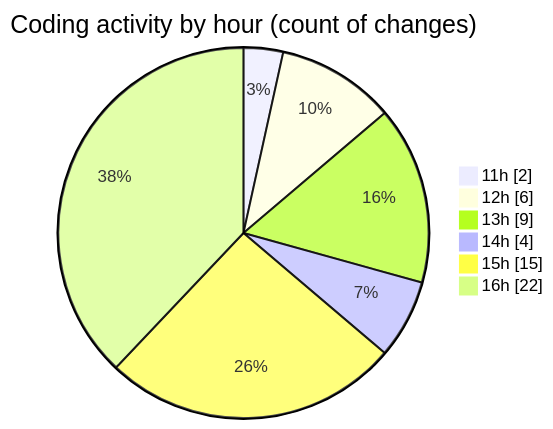
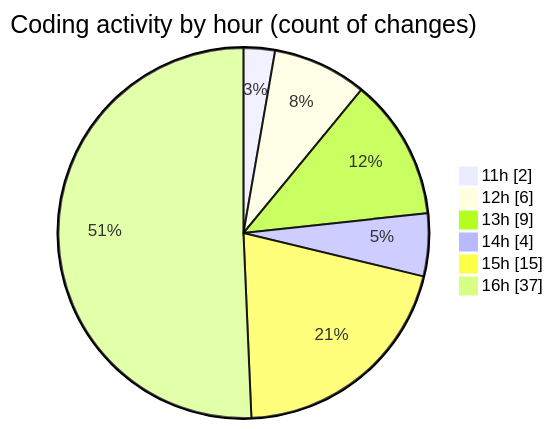
The second of 2 diagrams in 2025-06-30/argos/README.md (nxtqubesakshisongat/code-tracking), drawn with Mermaid before and after one commit. The commit also changed other lines of this file and 1 other file, not shown here.

````diff
--- a/2025-06-30/argos/README.md
+++ b/2025-06-30/argos/README.md
@@ -34,10 +34,10 @@
 ```mermaid
 pie showData
 title Coding activity by hour (count of changes)
 "11h" : 2
 "12h" : 6
 "13h" : 9
 "14h" : 4
 "15h" : 15
-"16h" : 22
+"16h" : 37
 ```
````
